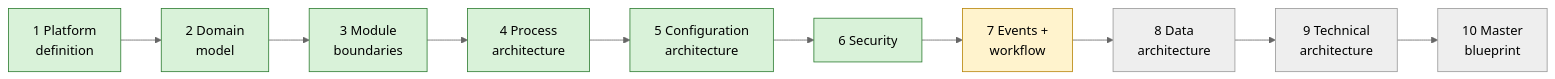
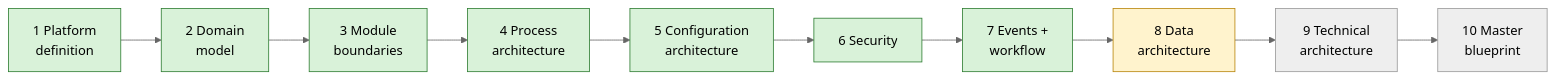
One commit to adityayadav30561-rgb/MASTER-ERP changed the diagram in docs/00-context/CURRENT-STATE.md. Above: the diagram before and after it, drawn with Mermaid (neutral theme). The commit also changed other lines of this file and 27 other files, not shown here.

First line of the commit message:
Accept Step 7; add Step 8 data architecture

````diff
--- a/docs/00-context/CURRENT-STATE.md
+++ b/docs/00-context/CURRENT-STATE.md
@@ -11,8 +11,8 @@
 ```mermaid
 flowchart LR
     S1["1 Platform<br/>definition"]:::done --> S2["2 Domain<br/>model"]:::done --> S3["3 Module<br/>boundaries"]:::done --> S4["4 Process<br/>architecture"]:::done --> S5["5 Configuration<br/>architecture"]:::done
-    S5 --> S6["6 Security"]:::done --> S7["7 Events +<br/>workflow"]:::review --> S8["8 Data<br/>architecture"]:::todo --> S9["9 Technical<br/>architecture"]:::todo --> S10["10 Master<br/>blueprint"]:::todo
+    S5 --> S6["6 Security"]:::done --> S7["7 Events +<br/>workflow"]:::done --> S8["8 Data<br/>architecture"]:::review --> S9["9 Technical<br/>architecture"]:::todo --> S10["10 Master<br/>blueprint"]:::todo
     classDef done fill:#d9f2d9,stroke:#2e7d32
     classDef review fill:#fff3cd,stroke:#b8860b
     classDef todo fill:#eeeeee,stroke:#999999
 ```
````
